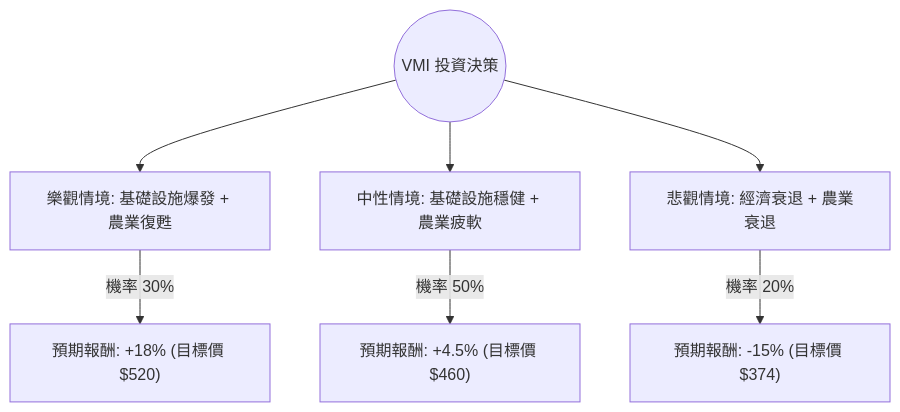
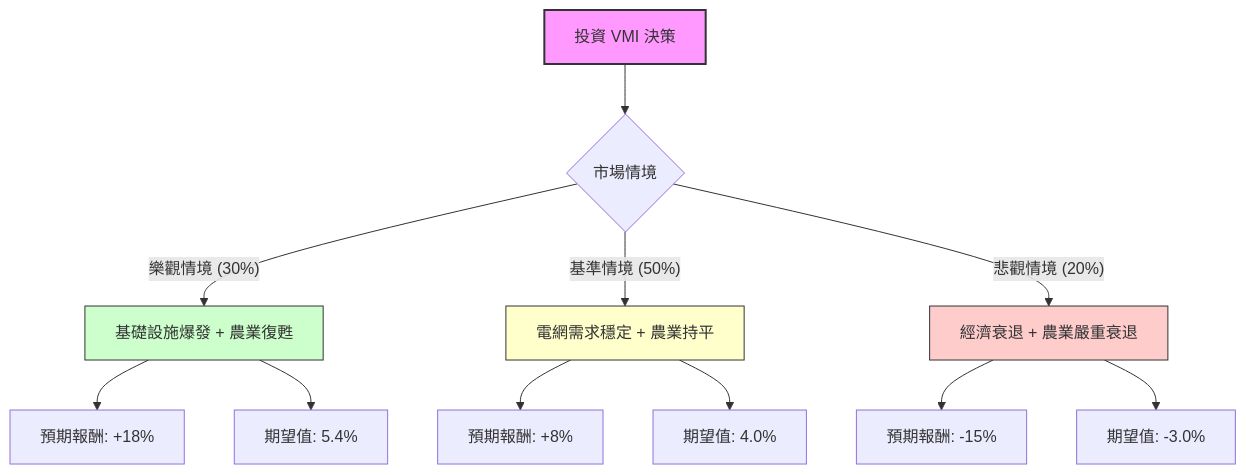
The diagram in plugin-react/ai-analysis/ev-analysis/VMI.md (zmcx16/zmcx16.github.io), drawn with Mermaid before and after one commit. The commit also changed other lines of this file and 85 other files, not shown here.

````diff
--- a/plugin-react/ai-analysis/ev-analysis/VMI.md
+++ b/plugin-react/ai-analysis/ev-analysis/VMI.md
@@ -25,10 +22,21 @@
 ```mermaid
 graph TD
-    Start((VMI 投資決策)) --> Bull[樂觀情境: 基礎設施爆發 + 農業復甦]
-    Start --> Base[中性情境: 基礎設施穩健 + 農業疲軟]
-    Start --> Bear[悲觀情境: 經濟衰退 + 農業衰退]
+    A[投資 VMI 決策] --> B{市場情境}
+    
+    B -- 樂觀情境 (30%) --> C[基礎設施爆發 + 農業復甦]
+    C --> C1[預期報酬: +18%]
+    C --> C2[期望值: 5.4%]
 
-    Bull -- "機率 30%" --> Bull_EV["預期報酬: +18% (目標價 $520)"]
-    Base -- "機率 50%" --> Base_EV["預期報酬: +4.5% (目標價 $460)"]
-    Bear -- "機率 20%" --> Bear_EV["預期報酬: -15% (目標價 $374)"]
+    B -- 基準情境 (50%) --> D[電網需求穩定 + 農業持平]
+    D --> D1[預期報酬: +8%]
+    D --> D2[期望值: 4.0%]
+
+    B -- 悲觀情境 (20%) --> E[經濟衰退 + 農業嚴重衰退]
+    E --> E1[預期報酬: -15%]
+    E --> E2[期望值: -3.0%]
+
+    style A fill:#f9f,stroke:#333,stroke-width:2px
+    style C fill:#ccffcc,stroke:#333
+    style D fill:#ffffcc,stroke:#333
+    style E fill:#ffcccc,stroke:#333
 ```
````
